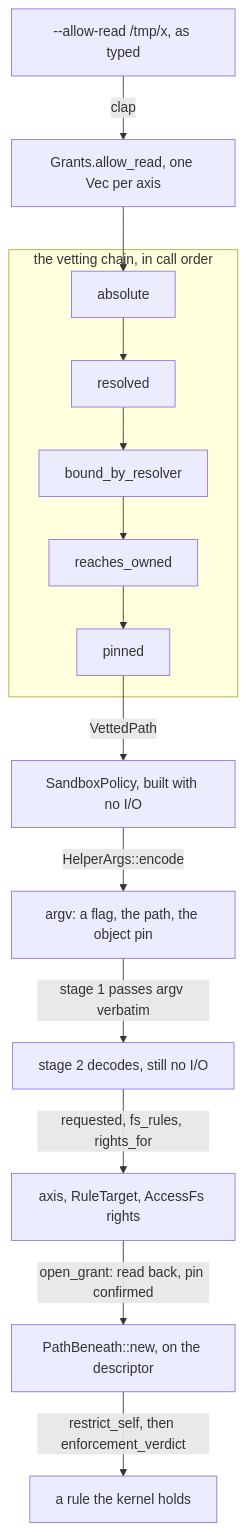
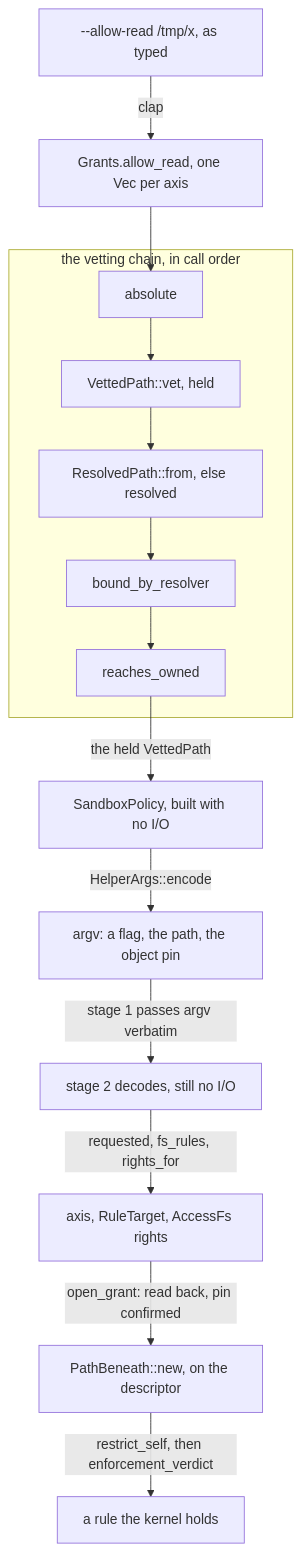
Before and after one commit to danczw/sandbx: the diagram in context/onboarding/12-a-flag-to-a-kernel-rule.md, drawn with Mermaid. The commit also changed other lines of this file and 5 other files, not shown here.

````diff
--- a/context/onboarding/12-a-flag-to-a-kernel-rule.md
+++ b/context/onboarding/12-a-flag-to-a-kernel-rule.md
@@ -20,28 +20,28 @@
 ```mermaid
 flowchart TD
     Typed["--allow-read /tmp/x, as typed"]
     Flag["Grants.allow_read, one Vec per axis"]
 
     subgraph Vetting["the vetting chain, in call order"]
-        Absolute["absolute"] --> Resolved["resolved"]
-        Resolved --> Bound["bound_by_resolver"]
+        Absolute["absolute"] --> Vet["VettedPath::vet, held"]
+        Vet --> Judged["ResolvedPath::from, else resolved"]
+        Judged --> Bound["bound_by_resolver"]
         Bound --> Owned["reaches_owned"]
-        Owned --> Pinned["pinned"]
     end
 
     Policy["SandboxPolicy, built with no I/O"]
     Wire["argv: a flag, the path, the object pin"]
     Decode["stage 2 decodes, still no I/O"]
     Rule["axis, RuleTarget, AccessFs rights"]
     Beneath["PathBeneath::new, on the descriptor"]
     Held["a rule the kernel holds"]
 
     Typed -->|"clap"| Flag
     Flag --> Absolute
-    Pinned -->|"VettedPath"| Policy
+    Owned -->|"the held VettedPath"| Policy
     Policy -->|"HelperArgs::encode"| Wire
     Wire -->|"stage 1 passes argv verbatim"| Decode
     Decode -->|"requested, fs_rules, rights_for"| Rule
     Rule -->|"open_grant: read back, pin confirmed"| Beneath
     Beneath -->|"restrict_self, then enforcement_verdict"| Held
 ```
````
